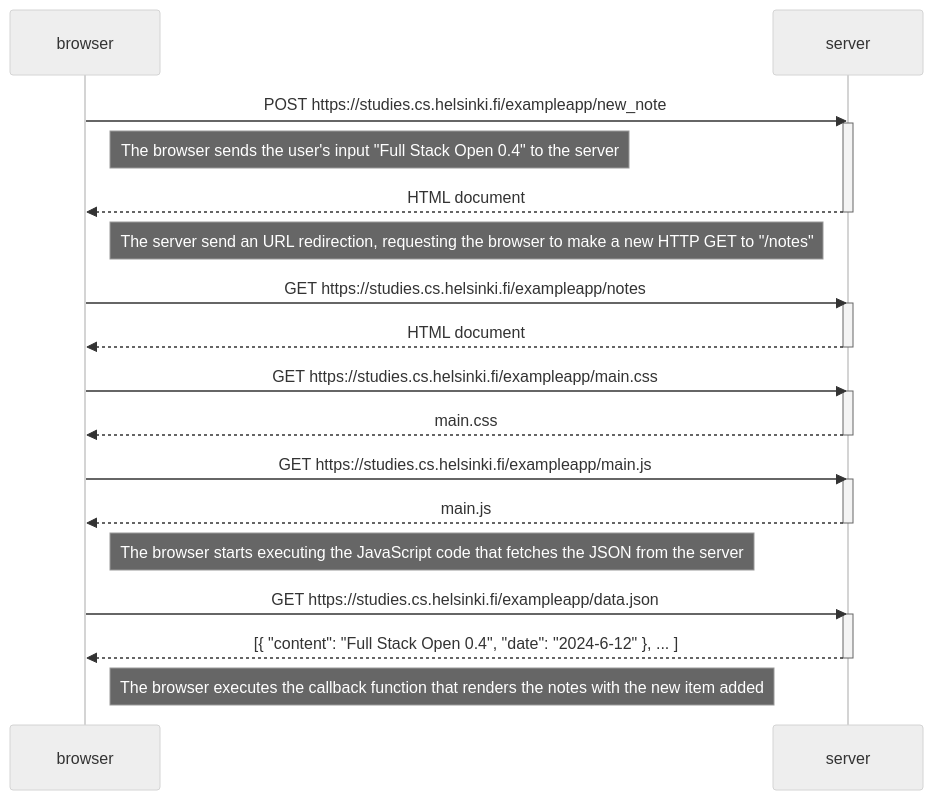
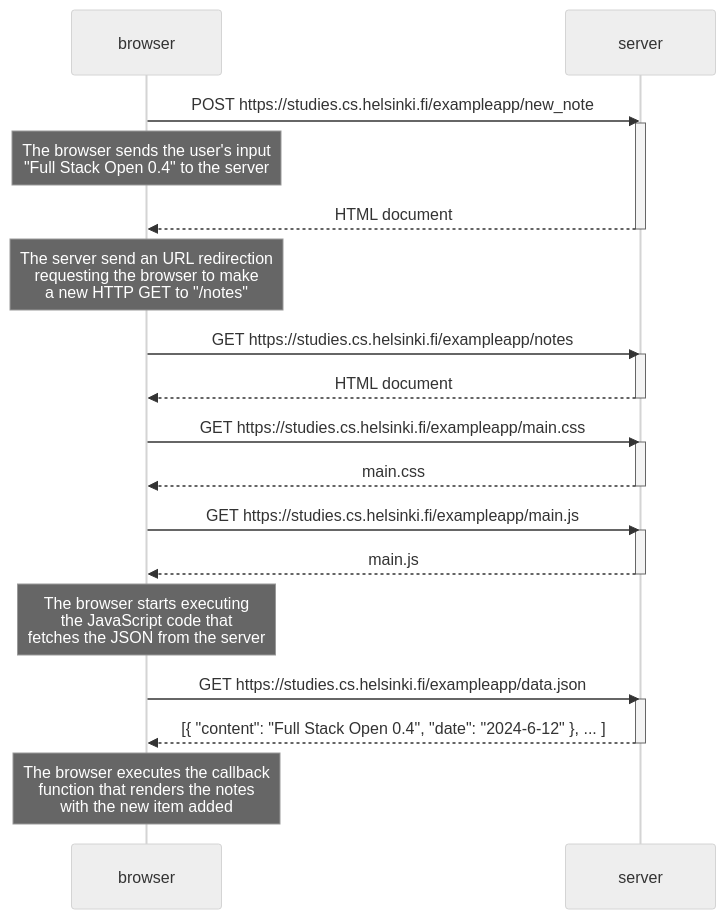
The diagram in Part0/exercise 0.4.md (REGutierrez91/Full-Stack-Open), drawn with Mermaid (neutral theme) before and after one commit.

Commit message:
Update exercise 0.4.md

````diff
--- a/Part0/exercise 0.4.md
+++ b/Part0/exercise 0.4.md
@@ -1,48 +1,48 @@
 ```mermaid
 sequenceDiagram
     participant browser
     participant server
 
     browser->>server: POST https://studies.cs.helsinki.fi/exampleapp/new_note
     activate server
 
-    Note right of browser: The browser sends the user's input "Full Stack Open 0.4" to the server
+    Note over browser: The browser sends the user's input <br/> "Full Stack Open 0.4" to the server
 
     server-->>browser: HTML document
     deactivate server
 
-    Note right of browser: The server send an URL redirection, requesting the browser to make a new HTTP GET to "/notes"
+    Note over browser: The server send an URL redirection <br/> requesting the browser to make <br/> a new HTTP GET to "/notes"
 
     browser->>server: GET https://studies.cs.helsinki.fi/exampleapp/notes
     activate server
     server-->>browser: HTML document
     deactivate server
 
     browser->>server: GET https://studies.cs.helsinki.fi/exampleapp/main.css
     activate server
     server-->>browser: main.css
     deactivate server
 
     browser->>server: GET https://studies.cs.helsinki.fi/exampleapp/main.js
     activate server
     server-->>browser: main.js
     deactivate server
 
-    Note right of browser: The browser starts executing the JavaScript code that fetches the JSON from the server
+    Note over browser: The browser starts executing <br/> the JavaScript code that <br/> fetches the JSON from the server
 
     browser->>server: GET https://studies.cs.helsinki.fi/exampleapp/data.json
     activate server
     server-->>browser: [{ "content": "Full Stack Open 0.4", "date": "2024-6-12" }, ... ]
     deactivate server
 
-    Note right of browser: The browser executes the callback function that renders the notes with the new item added
+    Note over browser: The browser executes the callback <br/> function that renders the notes <br/> with the new item added
 
 
 
 
 
 
 
 
 
 ```
````
